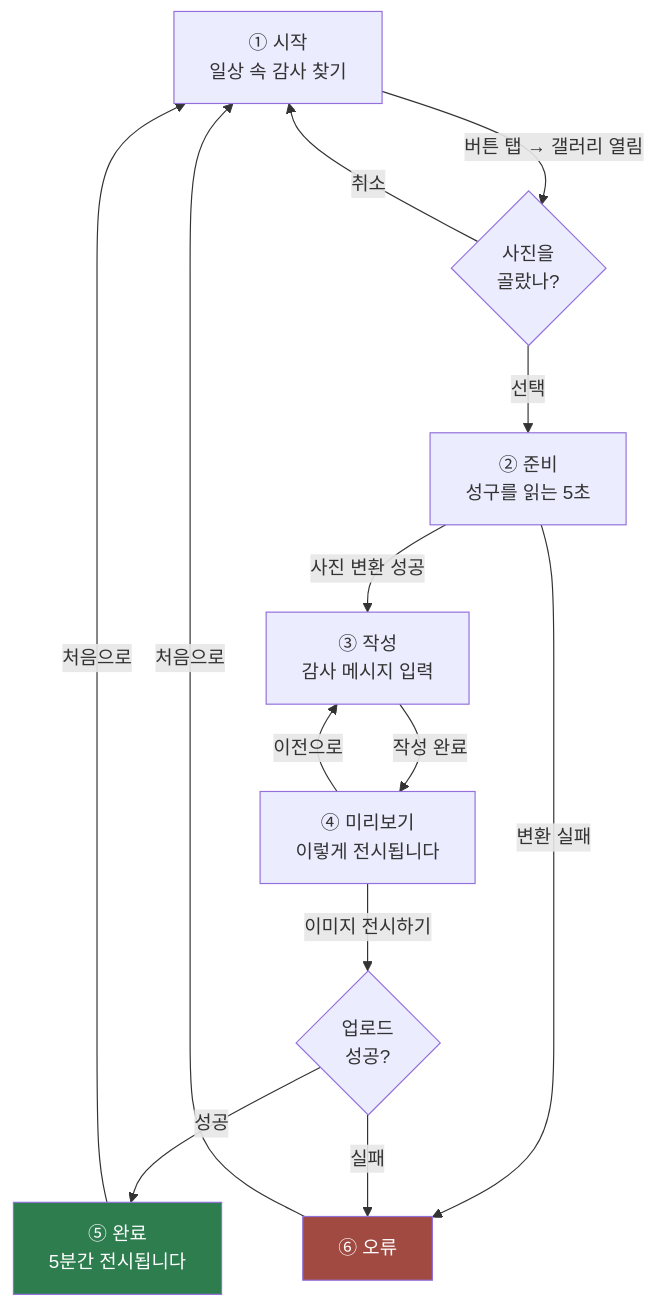
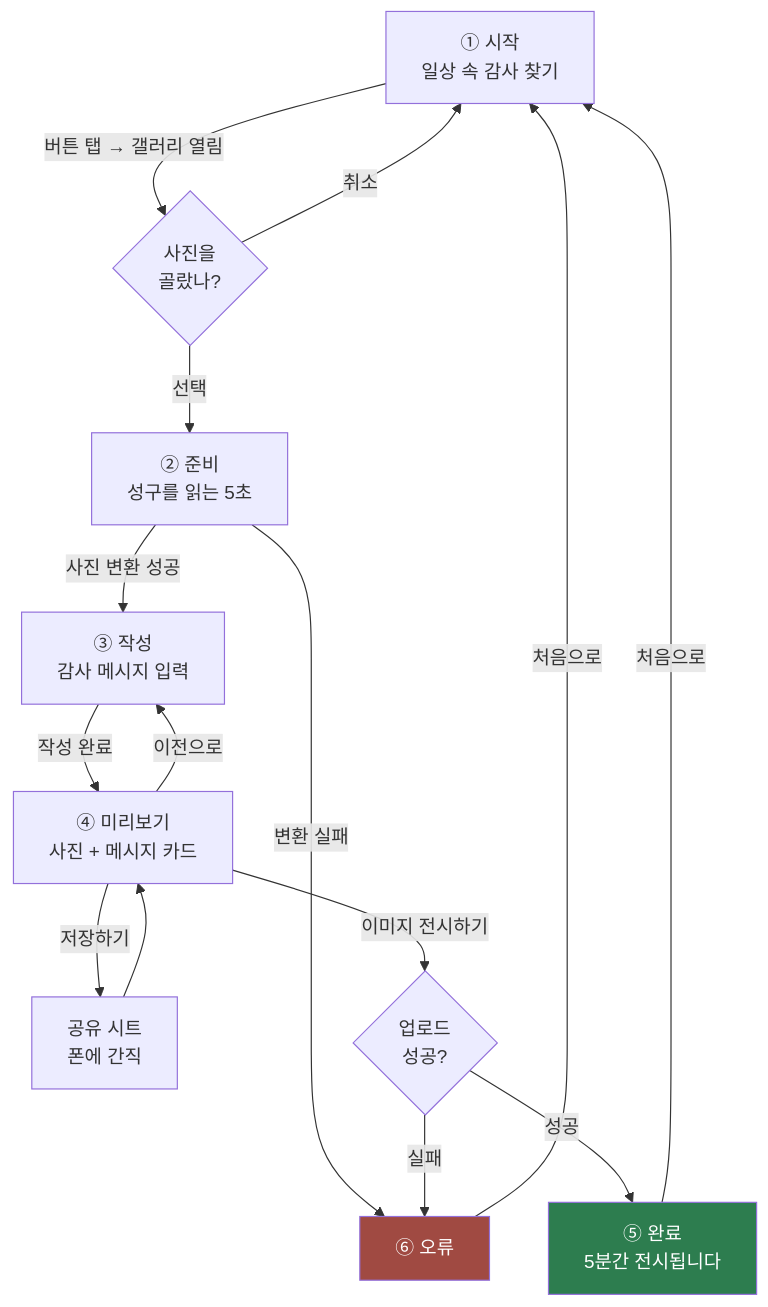
Before and after one commit to kingkiboots/glimpse-of-epiphany: the diagram in apps/mobile-web/README.md, drawn with Mermaid. The commit also changed other lines of this file and 2 other files, not shown here.

````diff
--- a/apps/mobile-web/README.md
+++ b/apps/mobile-web/README.md
@@ -14,22 +15,24 @@
 ```mermaid
 flowchart TD
     HOME["① 시작<br/>일상 속 감사 찾기"] -->|"버튼 탭 → 갤러리 열림"| PICK{"사진을<br/>골랐나?"}
     PICK -->|"취소"| HOME
     PICK -->|"선택"| PREP["② 준비<br/>성구를 읽는 5초"]
 
     PREP -->|"사진 변환 성공"| COMPOSE["③ 작성<br/>감사 메시지 입력"]
     PREP -->|"변환 실패"| ERROR["⑥ 오류"]
 
-    COMPOSE -->|"작성 완료"| CONFIRM["④ 미리보기<br/>이렇게 전시됩니다"]
+    COMPOSE -->|"작성 완료"| CONFIRM["④ 미리보기<br/>사진 + 메시지 카드"]
     CONFIRM -->|"이전으로"| COMPOSE
+    CONFIRM -->|"저장하기"| SAVE["공유 시트<br/>폰에 간직"]
+    SAVE --> CONFIRM
     CONFIRM -->|"이미지 전시하기"| UPLOAD{"업로드<br/>성공?"}
 
     UPLOAD -->|"성공"| DONE["⑤ 완료<br/>5분간 전시됩니다"]
     UPLOAD -->|"실패"| ERROR
 
     DONE -->|"처음으로"| HOME
     ERROR -->|"처음으로"| HOME
 
     style DONE fill:#2d7d4f,color:#fff
     style ERROR fill:#a04a42,color:#fff
 ```
````
